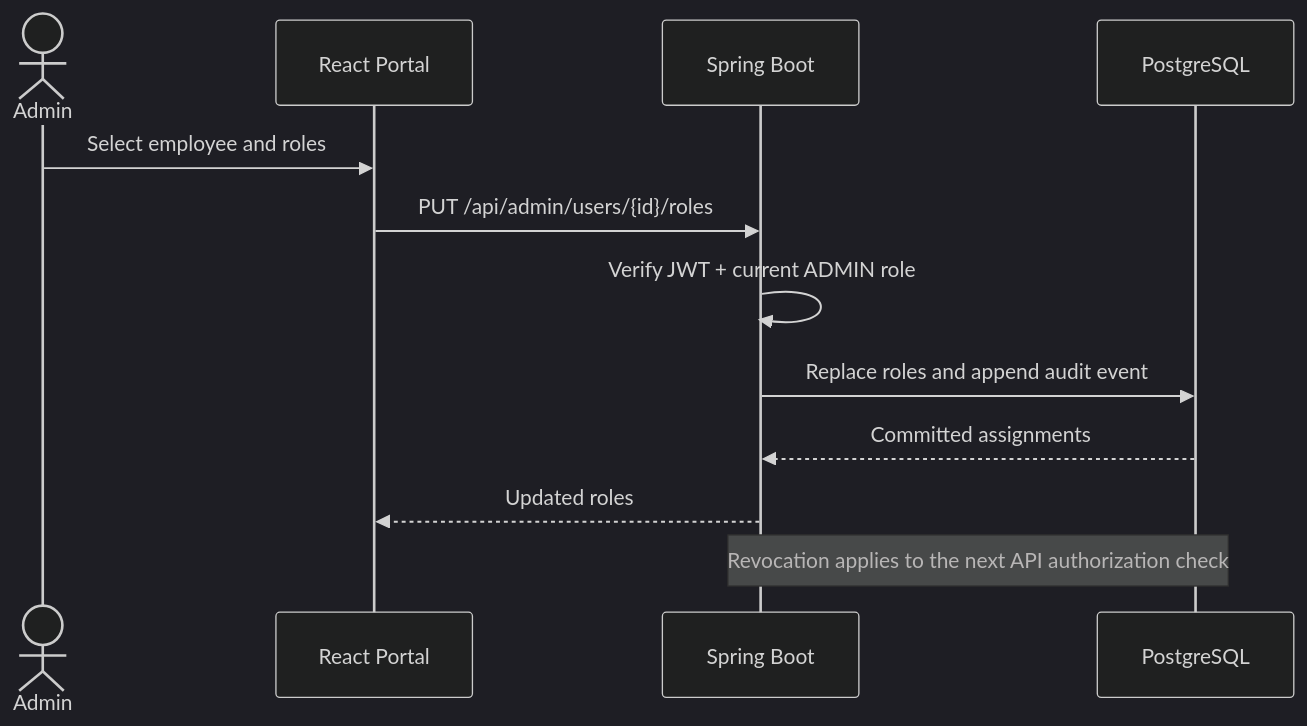
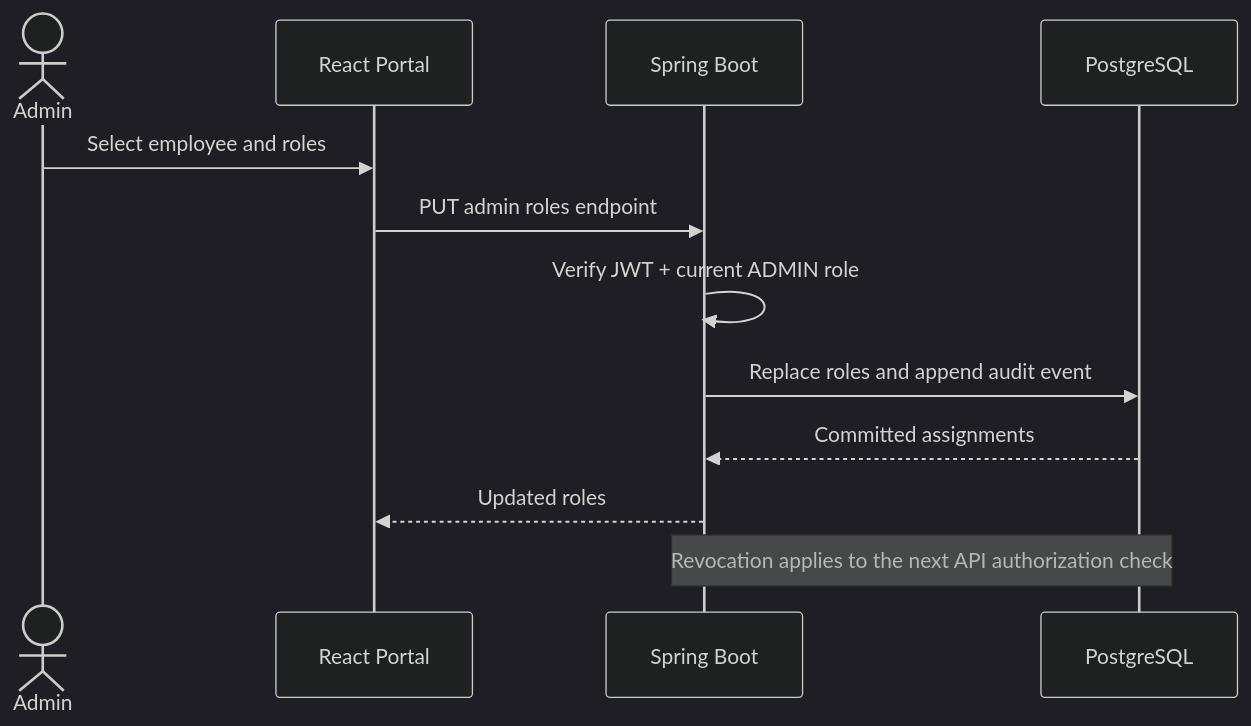
Before and after one commit to mathewpius19/Media-Mesh: the third of 6 diagrams in README.md, drawn with Mermaid (dark theme). The commit also changed other lines of this file, not shown here.

Commit message:
Update README with clearer endpoint descriptions

````diff
--- a/README.md
+++ b/README.md
@@ -90,14 +91,14 @@
 ```mermaid
 sequenceDiagram
     actor Admin
     participant UI as React Portal
     participant API as Spring Boot
     participant DB as PostgreSQL
     Admin->>UI: Select employee and roles
-    UI->>API: PUT /api/admin/users/{id}/roles
+    UI->>API: PUT admin roles endpoint
     API->>API: Verify JWT + current ADMIN role
     API->>DB: Replace roles and append audit event
     DB-->>API: Committed assignments
     API-->>UI: Updated roles
     Note over API,DB: Revocation applies to the next API authorization check
 ```
````
